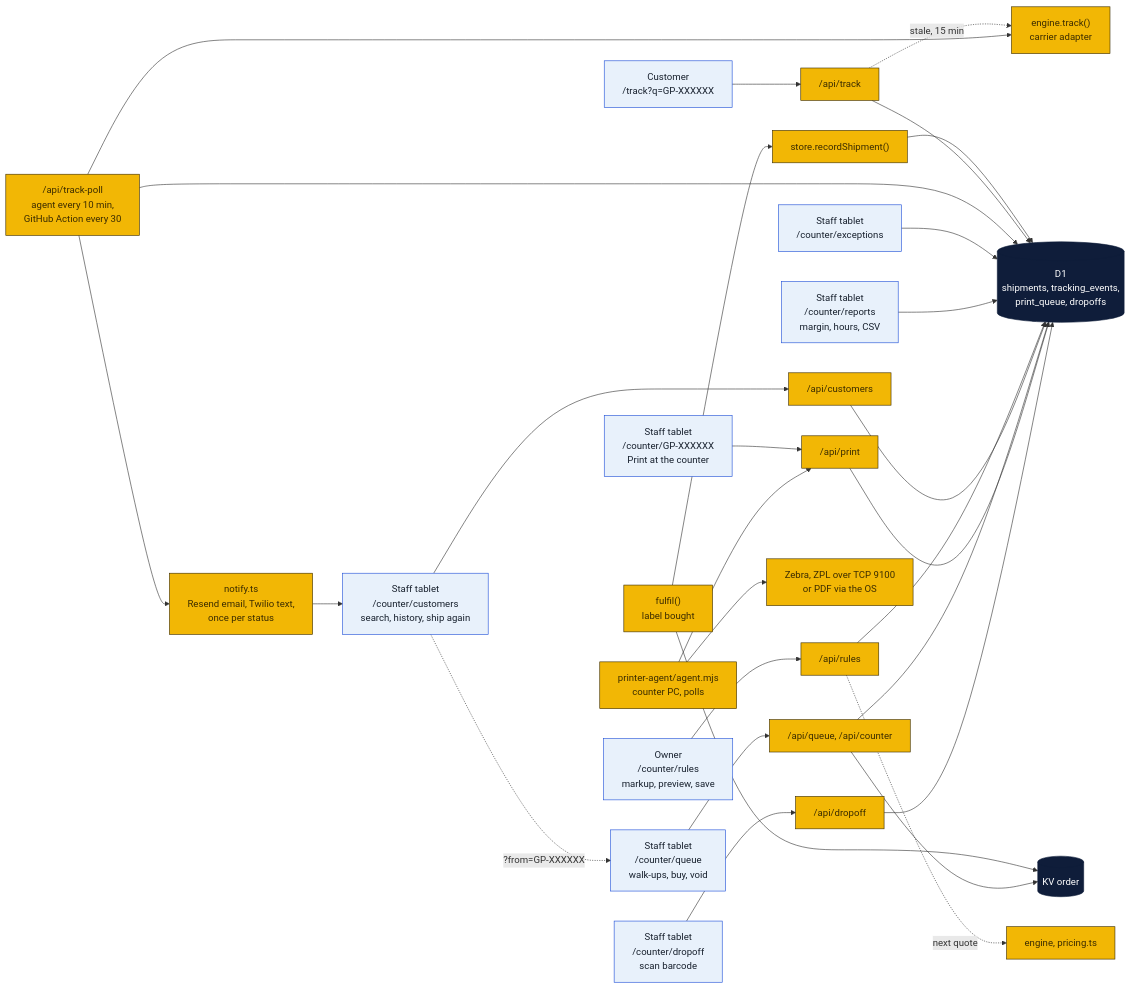
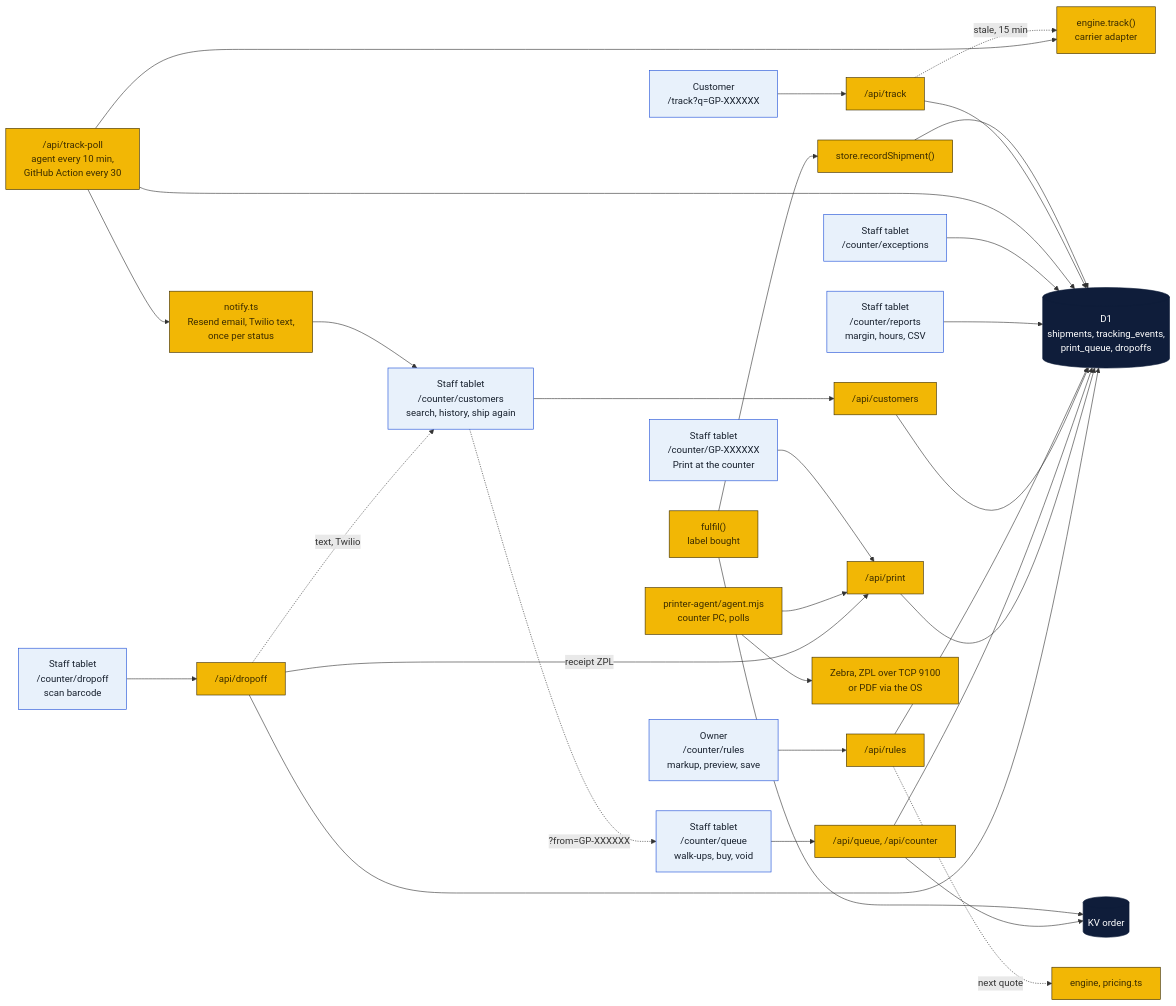
The third of 8 diagrams in shipping-client/README.md (wbp318/goin-postal-forsythe), drawn with Mermaid before and after one commit. The commit also changed other lines of this file and 10 other files, not shown here.

````diff
--- a/shipping-client/README.md
+++ b/shipping-client/README.md
@@ -87,26 +88,28 @@
 ```mermaid
 flowchart LR
   F["fulfil()<br/>label bought"]:::local --> KV[("KV order")]:::cloud
   F --> ST["store.recordShipment()"]:::local --> D1[("D1<br/>shipments, tracking_events,<br/>print_queue, dropoffs")]:::cloud
   C["Customer<br/>/track?q=GP-XXXXXX"]:::you --> TA["/api/track"]:::local --> D1
   TA -.->|stale, 15 min| TR["engine.track()<br/>carrier adapter"]:::local
   PL["/api/track-poll<br/>agent every 10 min,<br/>GitHub Action every 30"]:::local --> TR
   PL --> D1
   PL --> NO["notify.ts<br/>Resend email, Twilio text,<br/>once per status"]:::local
   NO --> CU["Customer"]:::you
   EX["Staff tablet<br/>/counter/exceptions"]:::you --> D1
   RP["Staff tablet<br/>/counter/reports<br/>margin, hours, CSV"]:::you --> D1
   RU["Owner<br/>/counter/rules<br/>markup, preview, save"]:::you --> RA["/api/rules"]:::local --> D1
   RA -.->|next quote| E2["engine, pricing.ts"]:::local
   CU["Staff tablet<br/>/counter/customers<br/>search, history, ship again"]:::you --> CA["/api/customers"]:::local --> D1
   CU -.->|"?from=GP-XXXXXX"| QU
   QU["Staff tablet<br/>/counter/queue<br/>walk-ups, buy, void"]:::you --> QA["/api/queue, /api/counter"]:::local --> D1
   QA --> KV
   K["Staff tablet<br/>/counter/GP-XXXXXX<br/>Print at the counter"]:::you --> PQ["/api/print"]:::local --> D1
   AG["printer-agent/agent.mjs<br/>counter PC, polls"]:::local --> PQ
   AG --> Z["Zebra, ZPL over TCP 9100<br/>or PDF via the OS"]:::local
   DO["Staff tablet<br/>/counter/dropoff<br/>scan barcode"]:::you --> DA["/api/dropoff"]:::local --> D1
+  DA -->|receipt ZPL| PQ
+  DA -.->|text, Twilio| CU
   classDef local fill:#f2b705,stroke:#3b2c00,color:#3b2c00
   classDef cloud fill:#0f1d3a,stroke:#0f1d3a,color:#ffffff
   classDef you fill:#e8f1fb,stroke:#1d4ed8,color:#17202d
 ```
````
